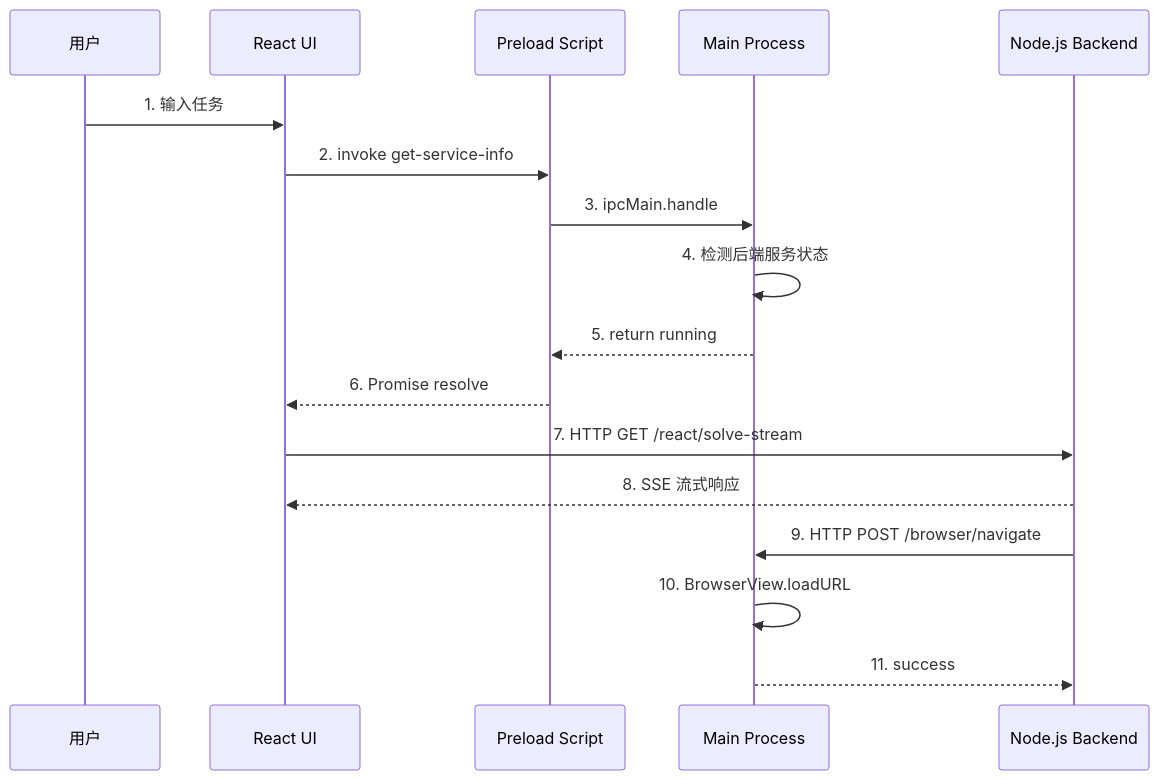
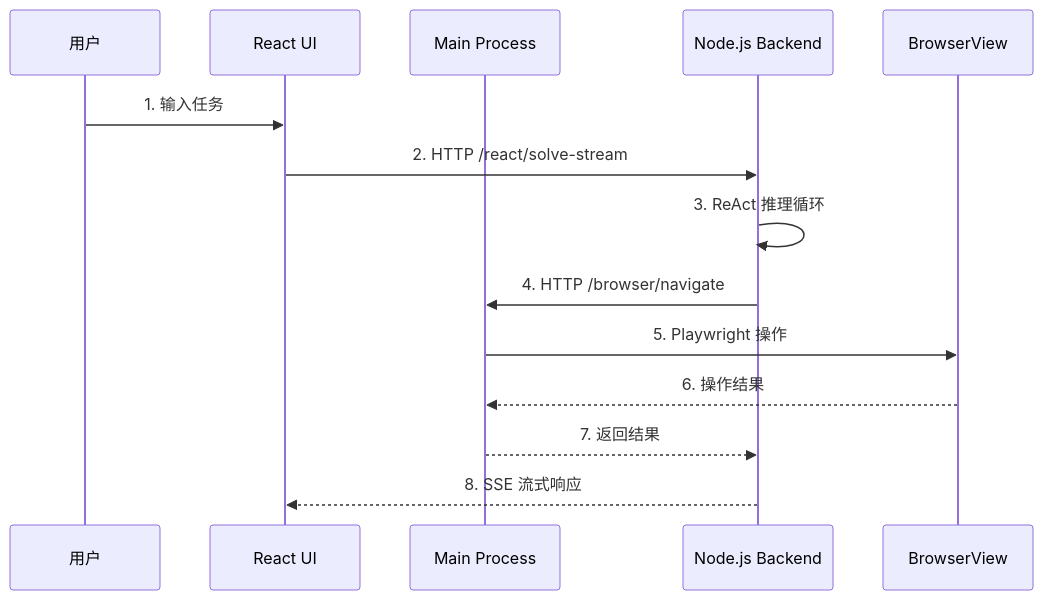
One commit to 1018053166/ReActAgentDemo changed the third of 4 diagrams in README.md. Above: the diagram before and after it, drawn with Mermaid. The commit also changed other lines of this file and 1 other file, not shown here.

Commit message:
fix: 修正架构图，Node.js 后端在主进程内联运行

````diff
--- a/README.md
+++ b/README.md
@@ -79,19 +59,16 @@
 ```mermaid
 sequenceDiagram
     participant User as 用户
     participant UI as React UI
-    participant Preload as Preload Script
     participant Main as Main Process
-    participant NodeBackend as Node.js Backend
+    participant Backend as Node.js Backend
+    participant BV as BrowserView
     User->>UI: 1. 输入任务
-    UI->>Preload: 2. invoke get-service-info
-    Preload->>Main: 3. ipcMain.handle
-    Main->>Main: 4. 检测后端服务状态
-    Main-->>Preload: 5. return running
-    Preload-->>UI: 6. Promise resolve
-    UI->>NodeBackend: 7. HTTP GET /react/solve-stream
-    NodeBackend-->>UI: 8. SSE 流式响应
-    NodeBackend->>Main: 9. HTTP POST /browser/navigate
-    Main->>Main: 10. BrowserView.loadURL
-    Main-->>NodeBackend: 11. success
+    UI->>Backend: 2. HTTP /react/solve-stream
+    Backend->>Backend: 3. ReAct 推理循环
+    Backend->>Main: 4. HTTP /browser/navigate
+    Main->>BV: 5. Playwright 操作
+    BV-->>Main: 6. 操作结果
+    Main-->>Backend: 7. 返回结果
+    Backend-->>UI: 8. SSE 流式响应
 ```
````
